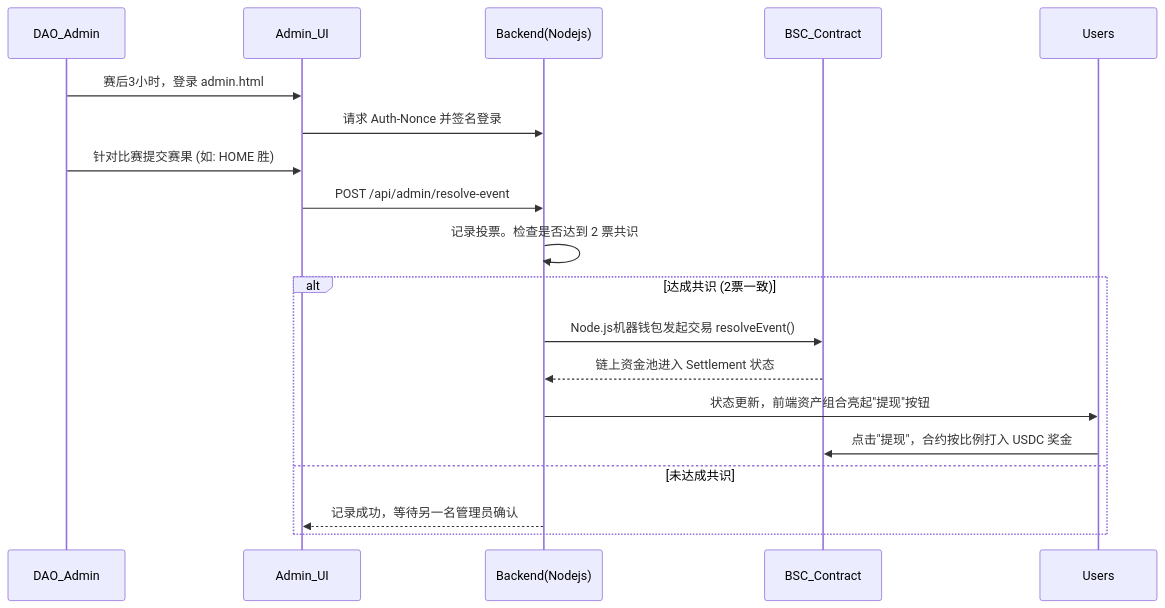
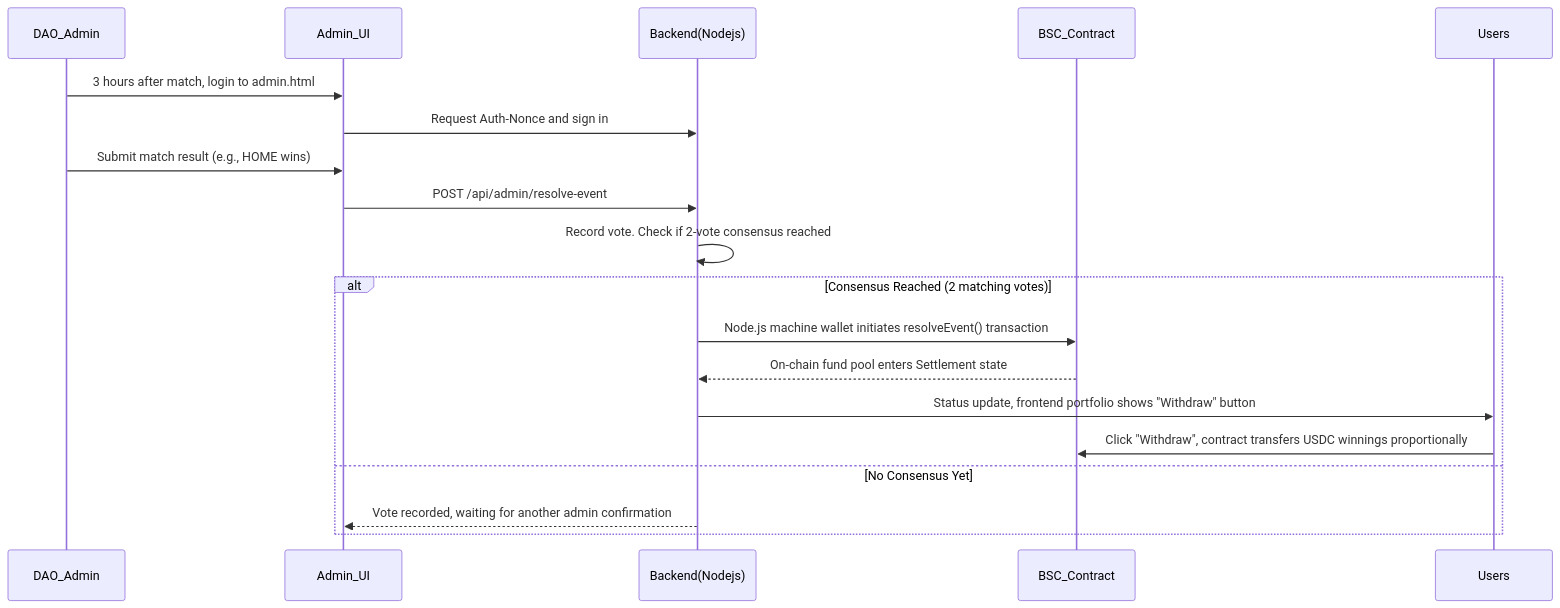
The second of 2 diagrams in README.md (superhandishere/newmarket-web3), drawn with Mermaid before and after one commit. The commit also changed other lines of this file, not shown here.

````diff
--- a/README.md
+++ b/README.md
@@ -93,22 +93,22 @@
 ```mermaid
 sequenceDiagram
     participant DAO_Admin
     participant Admin_UI
     participant Backend(Nodejs)
     participant BSC_Contract
     participant Users
     
-    DAO_Admin->>Admin_UI: 赛后3小时，登录 admin.html
-    Admin_UI->>Backend(Nodejs): 请求 Auth-Nonce 并签名登录
-    DAO_Admin->>Admin_UI: 针对比赛提交赛果 (如: HOME 胜)
+    DAO_Admin->>Admin_UI: 3 hours after match, login to admin.html
+    Admin_UI->>Backend(Nodejs): Request Auth-Nonce and sign in
+    DAO_Admin->>Admin_UI: Submit match result (e.g., HOME wins)
     Admin_UI->>Backend(Nodejs): POST /api/admin/resolve-event
-    Backend(Nodejs)->>Backend(Nodejs): 记录投票。检查是否达到 2 票共识
-    alt 达成共识 (2票一致)
-        Backend(Nodejs)->>BSC_Contract: Node.js机器钱包发起交易 resolveEvent()
-        BSC_Contract-->>Backend(Nodejs): 链上资金池进入 Settlement 状态
-        Backend(Nodejs)->>Users: 状态更新，前端资产组合亮起"提现"按钮
-        Users->>BSC_Contract: 点击"提现"，合约按比例打入 USDC 奖金
-    else 未达成共识
-        Backend(Nodejs)-->>Admin_UI: 记录成功，等待另一名管理员确认
+    Backend(Nodejs)->>Backend(Nodejs): Record vote. Check if 2-vote consensus reached
+    alt Consensus Reached (2 matching votes)
+        Backend(Nodejs)->>BSC_Contract: Node.js machine wallet initiates resolveEvent() transaction
+        BSC_Contract-->>Backend(Nodejs): On-chain fund pool enters Settlement state
+        Backend(Nodejs)->>Users: Status update, frontend portfolio shows "Withdraw" button
+        Users->>BSC_Contract: Click "Withdraw", contract transfers USDC winnings proportionally
+    else No Consensus Yet
+        Backend(Nodejs)-->>Admin_UI: Vote recorded, waiting for another admin confirmation
     end
 ```
````
